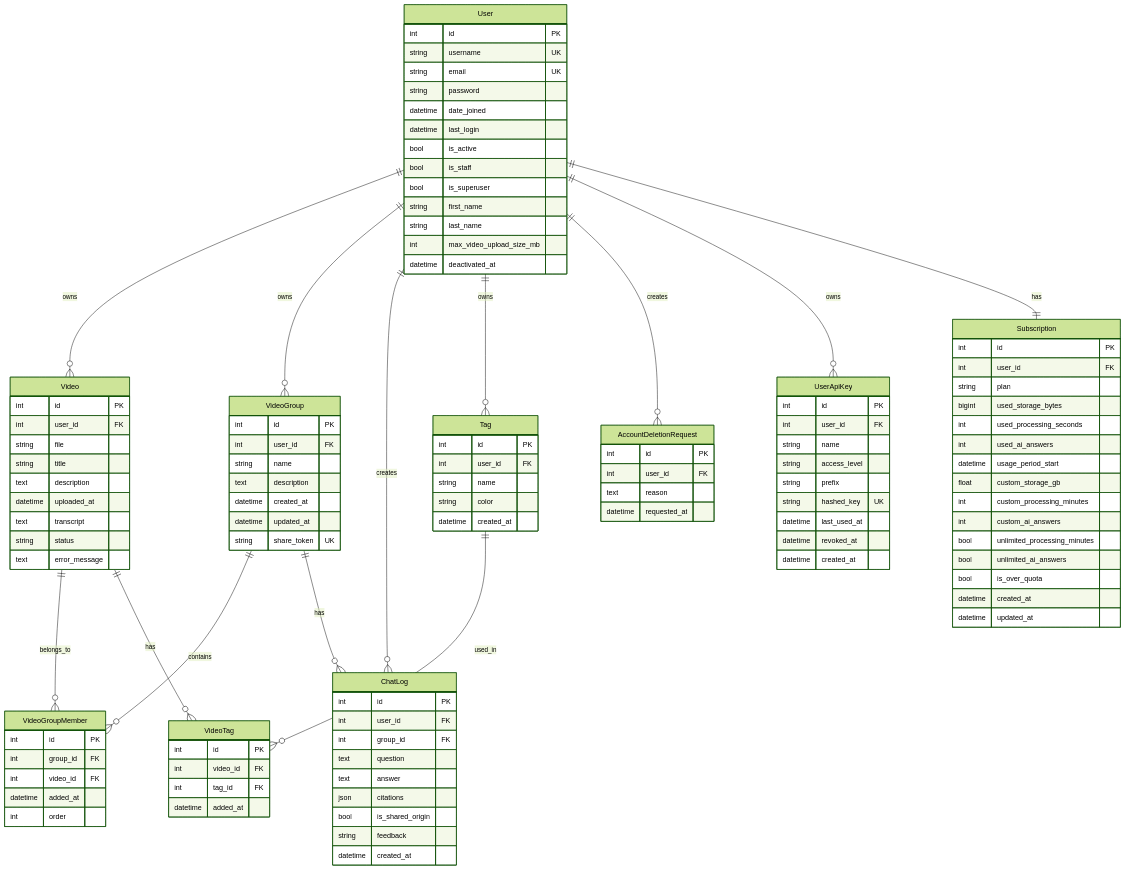
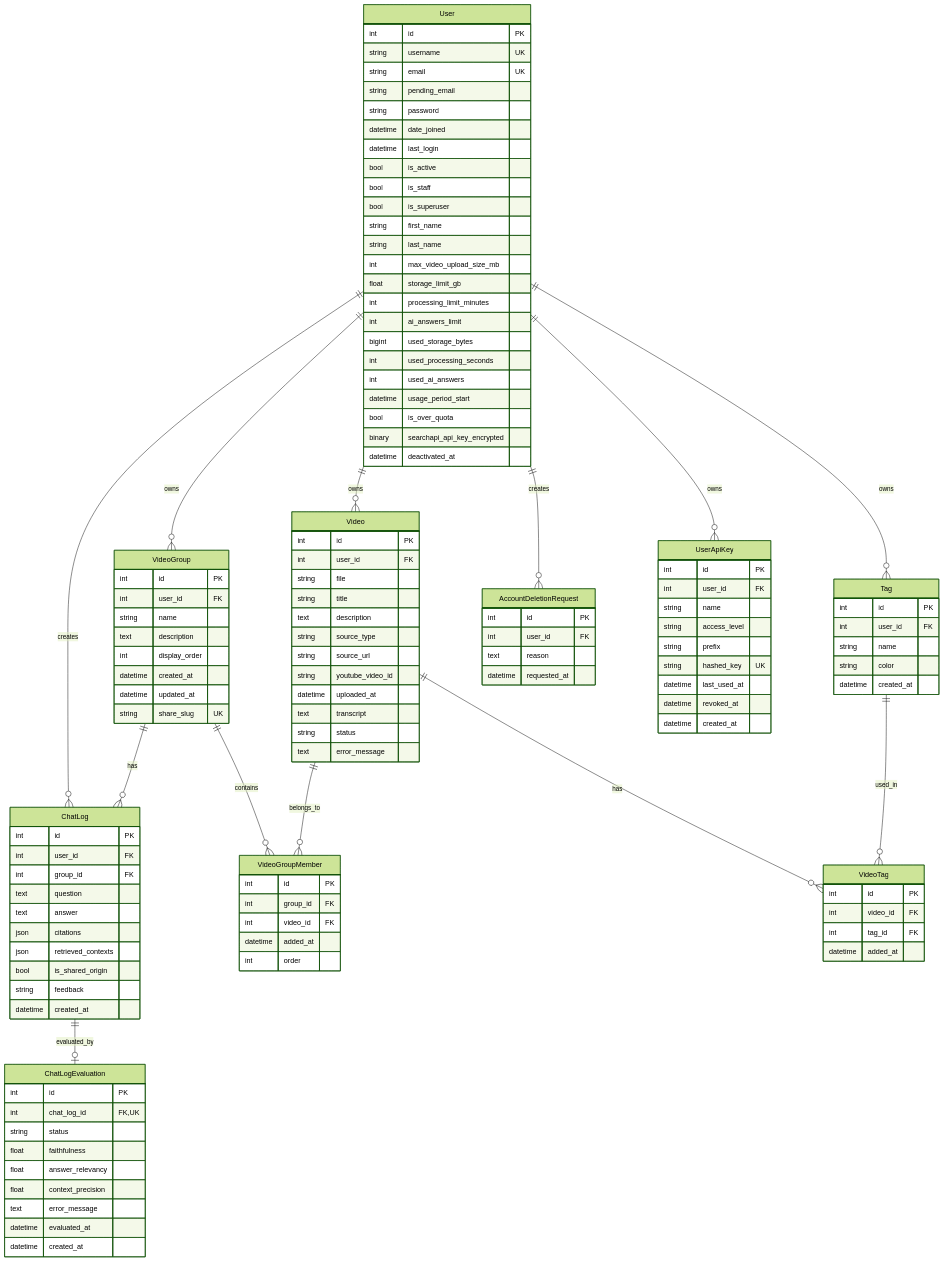
Before and after one commit to yukiharada1228/videoq: the diagram in docs/database/er-diagram.md, drawn with Mermaid (forest theme). The commit also changed other lines of this file and 12 other files, not shown here.

Commit message:
docs: update system design, sequence diagrams, database schemas, and requirements docs

```diff
--- a/docs/database/er-diagram.md
+++ b/docs/database/er-diagram.md
@@ -14,17 +14,18 @@
     User ||--o{ Tag : owns
     User ||--o{ AccountDeletionRequest : creates
     User ||--o{ UserApiKey : owns
-    User ||--|| Subscription : has
     VideoGroup ||--o{ VideoGroupMember : contains
     Video ||--o{ VideoGroupMember : belongs_to
     Video ||--o{ VideoTag : has
     Tag ||--o{ VideoTag : used_in
     VideoGroup ||--o{ ChatLog : has
+    ChatLog ||--o| ChatLogEvaluation : evaluated_by
 
     User {
         int id PK
         string username UK
         string email UK
+        string pending_email
         string password
         datetime date_joined
         datetime last_login
@@ -34,25 +35,16 @@
         string first_name
         string last_name
         int max_video_upload_size_mb
-        datetime deactivated_at
-    }
-
-    Subscription {
-        int id PK
-        int user_id FK
-        string plan
+        float storage_limit_gb
+        int processing_limit_minutes
+        int ai_answers_limit
         bigint used_storage_bytes
         int used_processing_seconds
         int used_ai_answers
         datetime usage_period_start
-        float custom_storage_gb
-        int custom_processing_minutes
-        int custom_ai_answers
-        bool unlimited_processing_minutes
-        bool unlimited_ai_answers
         bool is_over_quota
-        datetime created_at
-        datetime updated_at
+        binary searchapi_api_key_encrypted
+        datetime deactivated_at
     }
     
     Video {
@@ -61,6 +53,9 @@
         string file
         string title
         text description
+        string source_type
+        string source_url
+        string youtube_video_id
         datetime uploaded_at
         text transcript
         string status
@@ -72,9 +67,10 @@
         int user_id FK
         string name
         text description
+        int display_order
         datetime created_at
         datetime updated_at
-        string share_token UK
+        string share_slug UK
     }
     
     VideoGroupMember {
@@ -92,8 +88,21 @@
         text question
         text answer
         json citations
+        json retrieved_contexts
         bool is_shared_origin
         string feedback
+        datetime created_at
+    }
+
+    ChatLogEvaluation {
+        int id PK
+        int chat_log_id FK,UK
+        string status
+        float faithfulness
+        float answer_relevancy
+        float context_precision
+        text error_message
+        datetime evaluated_at
         datetime created_at
     }
 
```
